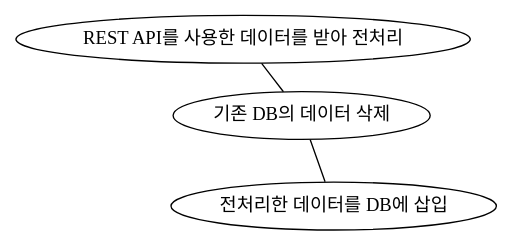
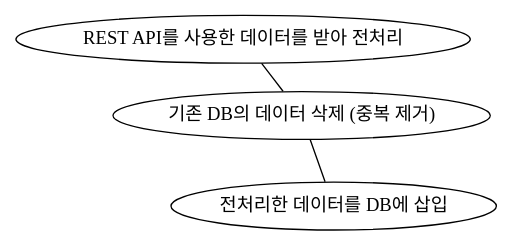
One commit to kmink3225/website changed the diagram in docs/blog/posts/Engineering/airflow/01.intro.qmd. Above: the diagram before and after it, drawn with Graphviz. The commit also changed other lines of this file and 8 other files, not shown here.

````diff
--- a/docs/blog/posts/Engineering/airflow/01.intro.qmd
+++ b/docs/blog/posts/Engineering/airflow/01.intro.qmd
@@ -53,10 +46,10 @@
 ```{dot}
 //| label: fig-workflow
 //| fig-cap: "Airflow Workflow Simple Example"
 
 graph G {
   layout=neato
-  "REST API를 사용한 데이터를 받아 전처리" -- "기존 DB의 데이터 삭제" ;
-  "기존 DB의 데이터 삭제" -- "전처리한 데이터를 DB에 삽입";
+  "REST API를 사용한 데이터를 받아 전처리" -- "기존 DB의 데이터 삭제 (중복 제거)" ;
+  "기존 DB의 데이터 삭제 (중복 제거)" -- "전처리한 데이터를 DB에 삽입";
 }
 ```
````
